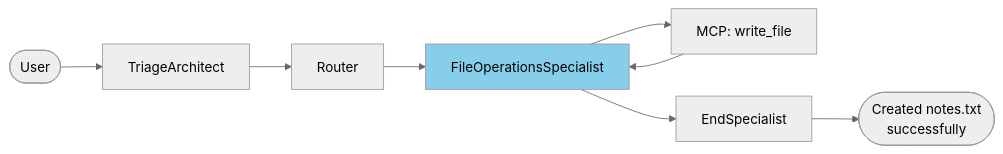
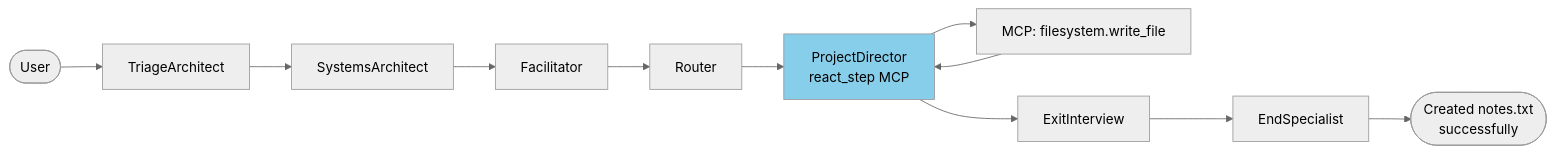
One commit to shanevcantwell/langgraph-agentic-scaffold changed the fifth of 16 diagrams in docs/FLOWS.md. Above: the diagram before and after it, drawn with Mermaid (neutral theme). The commit also changed other lines of this file and 11 other files, not shown here.

First line of the commit message:
docs: comprehensive update for fork/react_step/pipeline changes

````diff
--- a/docs/FLOWS.md
+++ b/docs/FLOWS.md
@@ -178,14 +186,17 @@
 ```mermaid
 flowchart LR
     User([User]) --> Triage[TriageArchitect]
-    Triage --> Router[Router]
-    Router --> FileOps[FileOperationsSpecialist]
+    Triage --> SA[SystemsArchitect]
+    SA --> Fac[Facilitator]
+    Fac --> Router[Router]
+    Router --> PD[ProjectDirector<br/>react_step MCP]
 
-    FileOps --> MCP[MCP: write_file]
-    MCP --> FileOps
+    PD --> MCP[MCP: filesystem.write_file]
+    MCP --> PD
 
-    FileOps --> End[EndSpecialist]
+    PD --> EI[ExitInterview]
+    EI --> End[EndSpecialist]
     End --> Response(["Created notes.txt<br/>successfully"])
 
-    style FileOps fill:#87CEEB
+    style PD fill:#87CEEB
 ```
````
